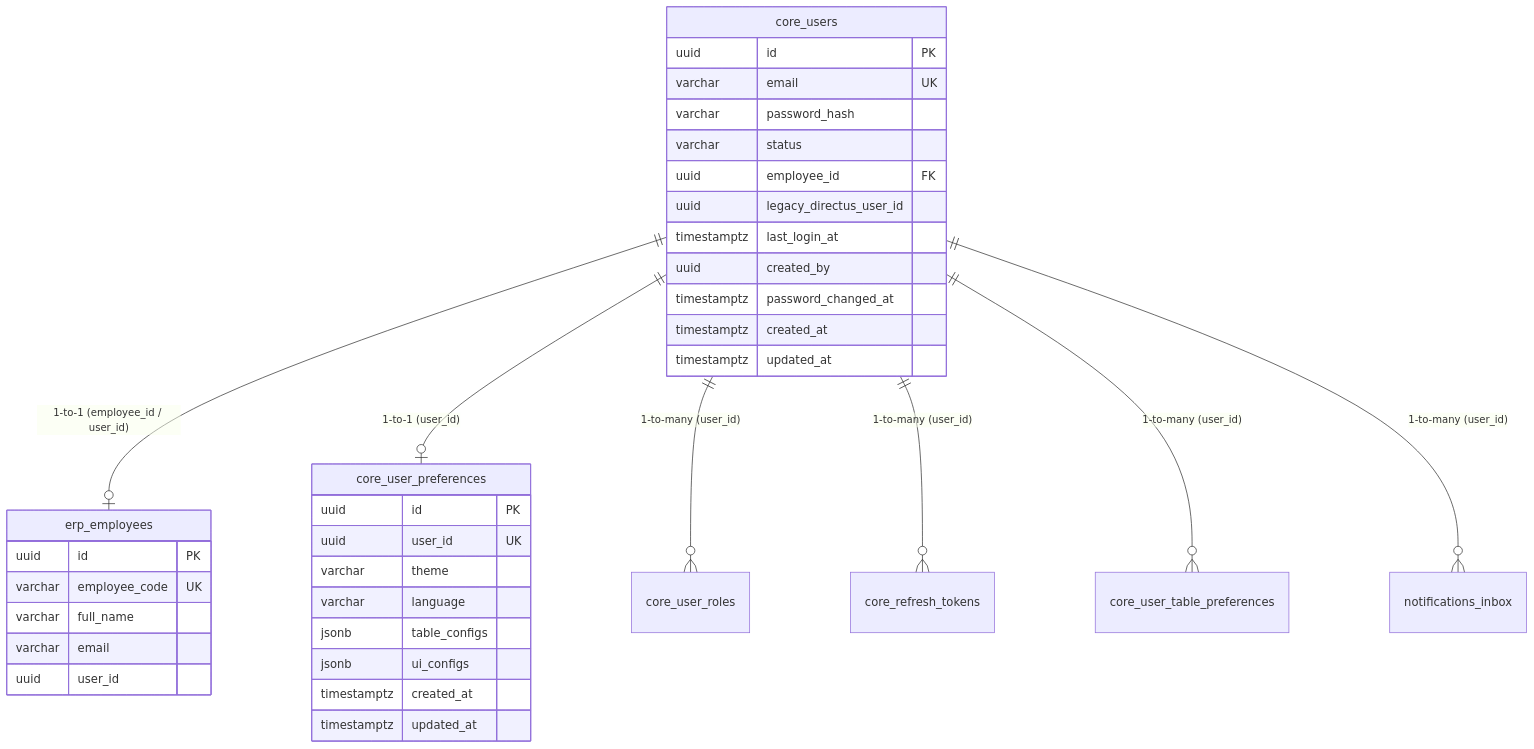
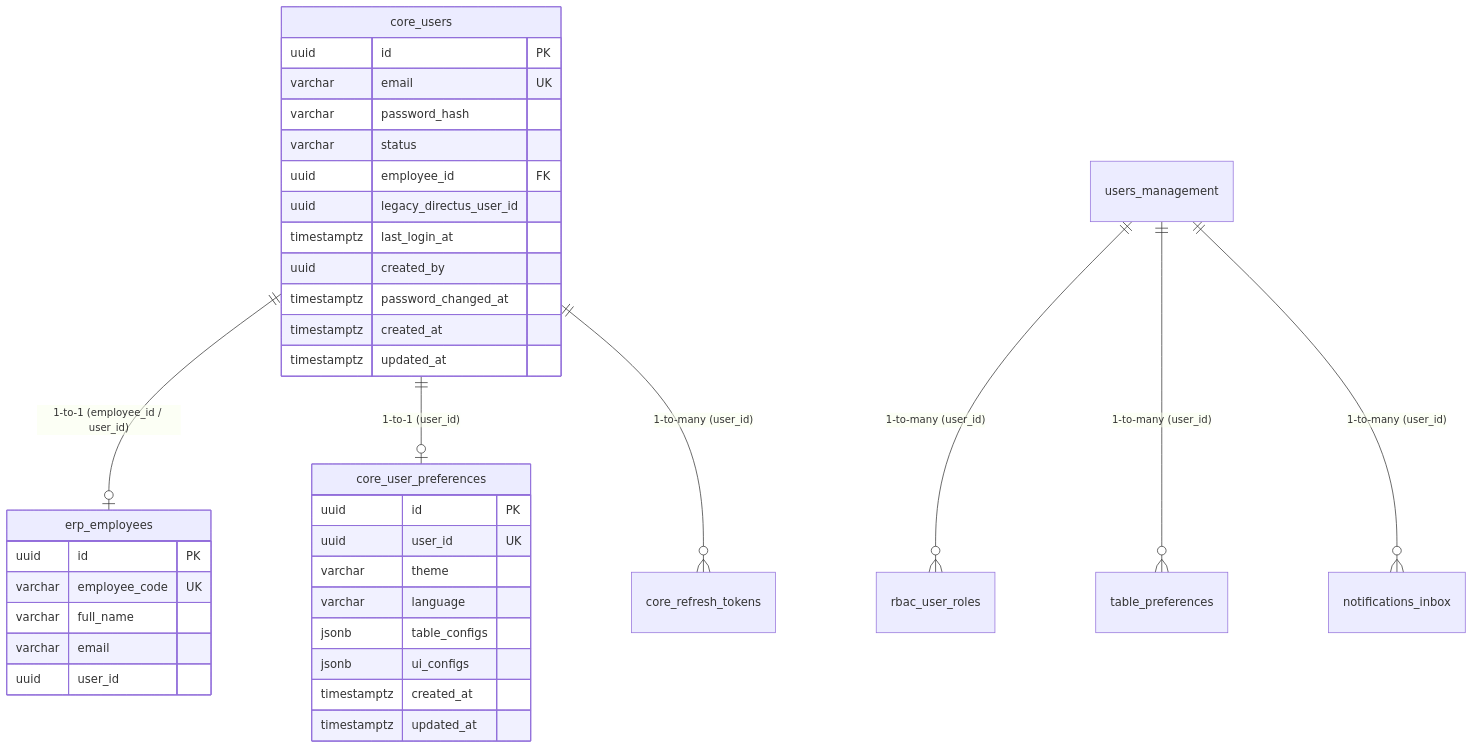
Before and after one commit to kindustries-erp/erp-api: the diagram in .agents/skills/modules/erp-users/SKILL.md, drawn with Mermaid. The commit also changed other lines of this file and 31 other files, not shown here.

First line of the commit message:
feat(users): nối rbac, table-preferences, notifications-inbox sang users_management

````diff
--- a/.agents/skills/modules/erp-users/SKILL.md
+++ b/.agents/skills/modules/erp-users/SKILL.md
@@ -66,42 +66,42 @@
 ```mermaid
 erDiagram
     core_users ||--o| erp_employees : "1-to-1 (employee_id / user_id)"
     core_users ||--o| core_user_preferences : "1-to-1 (user_id)"
-    core_users ||--o{ core_user_roles : "1-to-many (user_id)"
+    users_management ||--o{ rbac_user_roles : "1-to-many (user_id)"
     core_users ||--o{ core_refresh_tokens : "1-to-many (user_id)"
-    core_users ||--o{ core_user_table_preferences : "1-to-many (user_id)"
-    core_users ||--o{ notifications_inbox : "1-to-many (user_id)"
+    users_management ||--o{ table_preferences : "1-to-many (user_id)"
+    users_management ||--o{ notifications_inbox : "1-to-many (user_id)"
 
     core_users {
         uuid id PK
         varchar email UK
         varchar password_hash
         varchar status
         uuid employee_id FK
         uuid legacy_directus_user_id
         timestamptz last_login_at
         uuid created_by
         timestamptz password_changed_at
         timestamptz created_at
         timestamptz updated_at
     }
 
     core_user_preferences {
         uuid id PK
         uuid user_id UK
         varchar theme
         varchar language
         jsonb table_configs
         jsonb ui_configs
         timestamptz created_at
         timestamptz updated_at
     }
 
     erp_employees {
         uuid id PK
         varchar employee_code UK
         varchar full_name
         varchar email
         uuid user_id
     }
 ```
````
